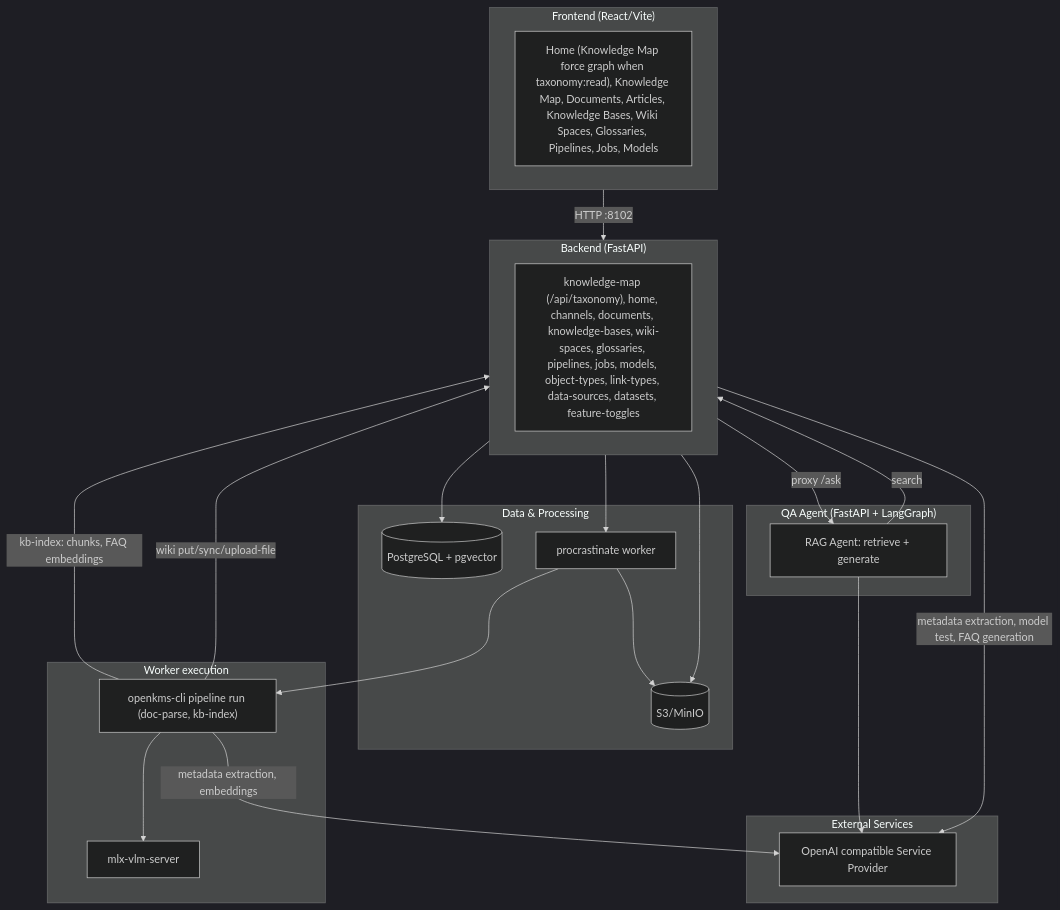
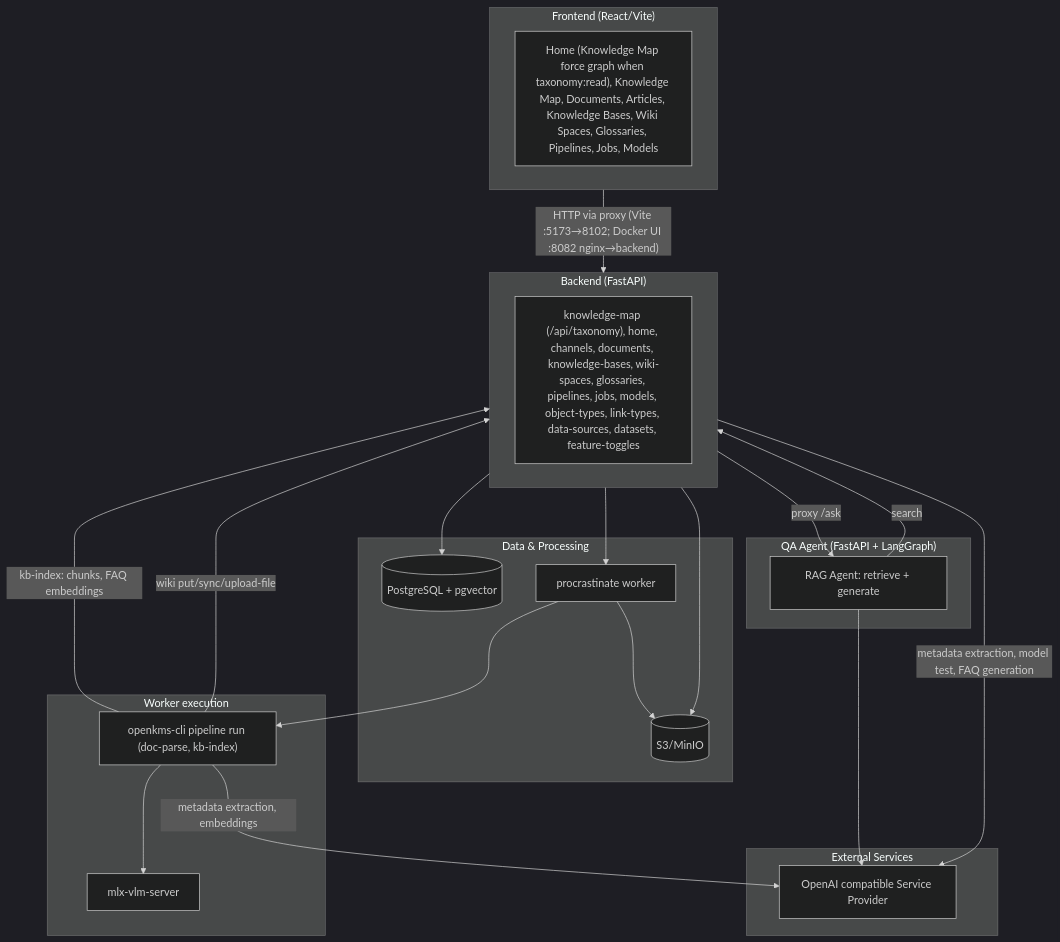
One commit to yingrui/openKMS changed the first of 5 diagrams in docs/architecture.md. Above: the diagram before and after it, drawn with Mermaid (dark theme). The commit also changed other lines of this file and 1 other file, not shown here.

Commit message:
docs: align architecture diagram and proxy notes with runtime
Fix high-level mermaid edge (was only :8102; Docker UI uses nginx :8082). Document Vite /internal-api proxy and MinIO port caveat. Clarify security.md: admin permission writes invalidate both pattern and permission-catalog caches.

Made-with: Cursor

````diff
--- a/docs/architecture.md
+++ b/docs/architecture.md
@@ -7,44 +7,44 @@
 ```mermaid
 flowchart TB
   subgraph Frontend["Frontend (React/Vite)"]
     FE["Home (Knowledge Map force graph when taxonomy:read), Knowledge Map, Documents, Articles, Knowledge Bases, Wiki Spaces, Glossaries, Pipelines, Jobs, Models"]
   end
 
   subgraph Backend["Backend (FastAPI)"]
     API["knowledge-map (/api/taxonomy), home, channels, documents, knowledge-bases, wiki-spaces, glossaries, pipelines, jobs, models, object-types, link-types, data-sources, datasets, feature-toggles"]
   end
 
   subgraph Storage["Data & Processing"]
     PG[("PostgreSQL + pgvector")]
     S3[(S3/MinIO)]
     Worker["procrastinate worker"]
   end
 
   subgraph WorkerDetail["Worker execution"]
     CLI["openkms-cli pipeline run (doc-parse, kb-index)"]
     VLM["mlx-vlm-server"]
   end
 
   subgraph QAAgent["QA Agent (FastAPI + LangGraph)"]
     Agent["RAG Agent: retrieve + generate"]
   end
 
   subgraph External["External Services"]
     LLM["OpenAI compatible Service Provider"]
   end
 
-  Frontend -->|HTTP :8102| Backend
+  Frontend -->|"HTTP via proxy (Vite :5173→8102; Docker UI :8082 nginx→backend)"| Backend
   Backend --> PG
   Backend --> S3
   Backend --> Worker
   Backend -->|metadata extraction, model test, FAQ generation| LLM
   Backend -->|proxy /ask| Agent
   Agent -->|search| Backend
   Agent --> LLM
   Worker --> S3
   Worker --> CLI
   CLI --> VLM
   CLI -->|metadata extraction, embeddings| LLM
   CLI -->|kb-index: chunks, FAQ embeddings| Backend
   CLI -->|wiki put/sync/upload-file| Backend
 ```
````
